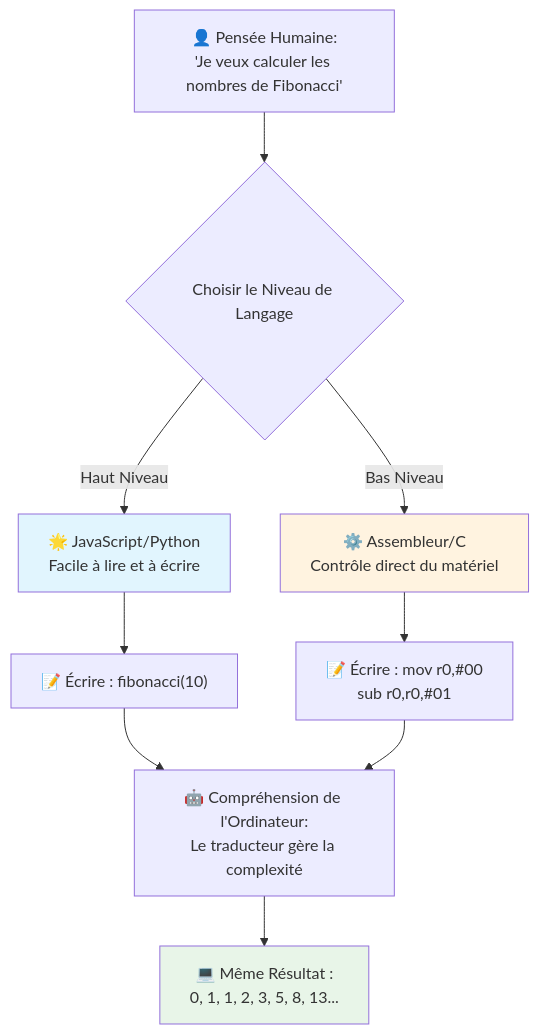
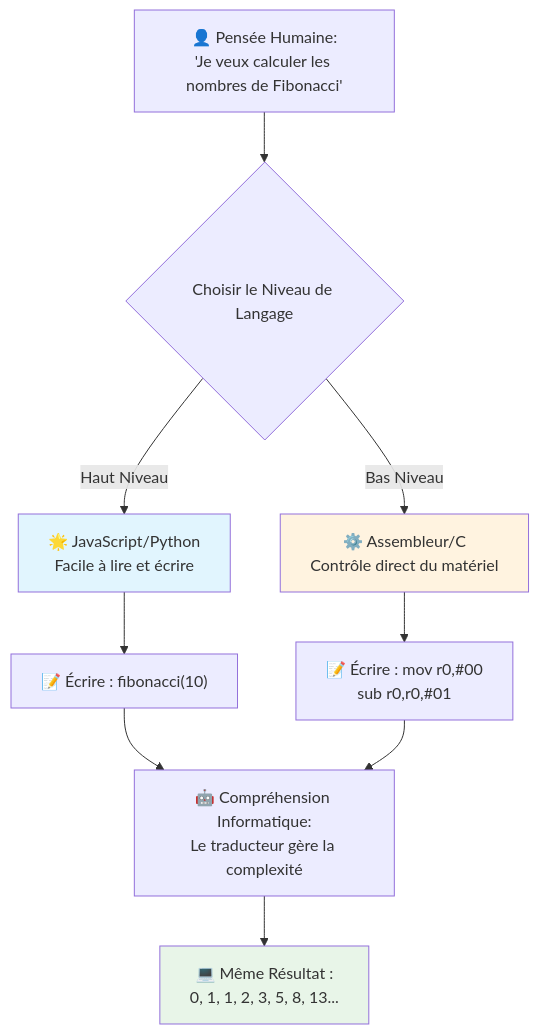
The third of 7 diagrams in translations/fr/1-getting-started-lessons/1-intro-to-programming-languages/README.md (microsoft/Web-Dev-For-Beginners), drawn with Mermaid before and after one commit. The commit also changed other lines of this file and 393 other files, not shown here.

````diff
--- a/translations/fr/1-getting-started-lessons/1-intro-to-programming-languages/README.md
+++ b/translations/fr/1-getting-started-lessons/1-intro-to-programming-languages/README.md
@@ -148,19 +147,19 @@
 ```mermaid
 flowchart TB
     A["👤 Pensée Humaine:<br/>'Je veux calculer les nombres de Fibonacci'"] --> B{Choisir le Niveau de Langage}
     
-    B -->|Haut Niveau| C["🌟 JavaScript/Python<br/>Facile à lire et à écrire"]
+    B -->|Haut Niveau| C["🌟 JavaScript/Python<br/>Facile à lire et écrire"]
     B -->|Bas Niveau| D["⚙️ Assembleur/C<br/>Contrôle direct du matériel"]
     
     C --> E["📝 Écrire : fibonacci(10)"]
     D --> F["📝 Écrire : mov r0,#00<br/>sub r0,r0,#01"]
     
-    E --> G["🤖 Compréhension de l'Ordinateur:<br/>Le traducteur gère la complexité"]
+    E --> G["🤖 Compréhension Informatique:<br/>Le traducteur gère la complexité"]
     F --> G
     
     G --> H["💻 Même Résultat :<br/>0, 1, 1, 2, 3, 5, 8, 13..."]
     
     style C fill:#e1f5fe
     style D fill:#fff3e0
     style H fill:#e8f5e8
 ```
````
